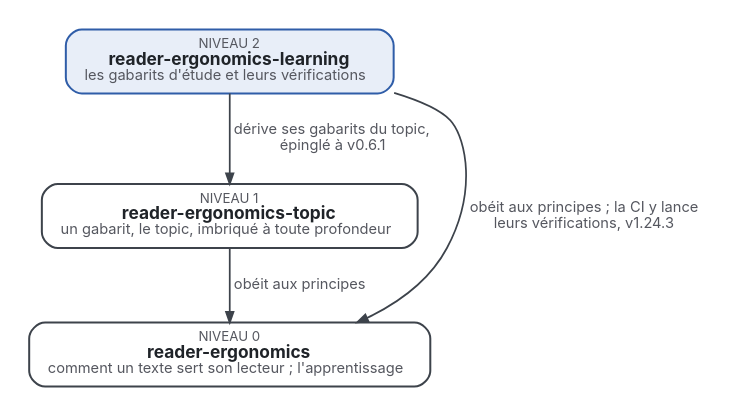
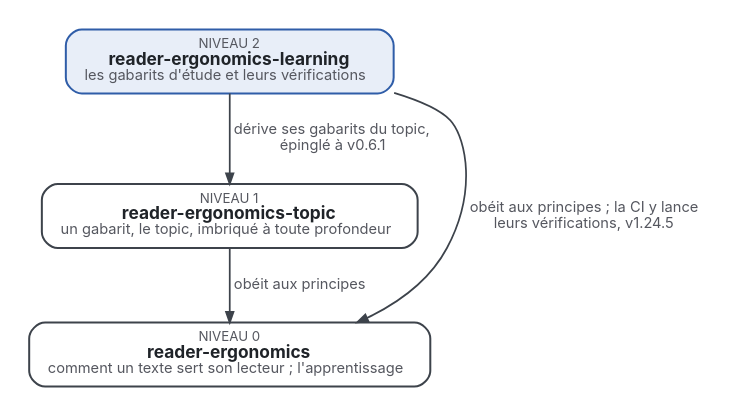
One commit to Tewf/reader-ergonomics-learning changed the diagram in README.fr.md. Above: the diagram before and after it, drawn with Graphviz. The commit also changed other lines of this file and 32 other files, not shown here.

````diff
--- a/README.fr.md
+++ b/README.fr.md
@@ -85,13 +85,13 @@
 ```dot
 digraph niveaux {
   graph [rankdir=TB, nodesep=0.6, ranksep=0.6, bgcolor="white", pad=0.2, fontname="Inter"];
   node  [shape=box, style="rounded,filled", fontname="Inter", fontsize=13, margin="0.2,0.1", penwidth=1.5, fontcolor="#1F2328"];
   edge  [fontname="Inter", fontsize=11, color="#3D434B", fontcolor="#55575F", penwidth=1.3, arrowsize=0.8];
   L [label=<<font point-size="10" color="#55575F">NIVEAU 2</font><br/><b>reader-ergonomics-learning</b><br/><font point-size="11" color="#55575F">les gabarits d'étude et leurs vérifications</font>>, fillcolor="#E8EEF8", color="#2F5DA8"];
   T [label=<<font point-size="10" color="#55575F">NIVEAU 1</font><br/><b>reader-ergonomics-topic</b><br/><font point-size="11" color="#55575F">un gabarit, le topic, imbriqué à toute profondeur</font>>, fillcolor="#FFFFFF", color="#3D434B"];
   R [label=<<font point-size="10" color="#55575F">NIVEAU 0</font><br/><b>reader-ergonomics</b><br/><font point-size="11" color="#55575F">comment un texte sert son lecteur ; l'apprentissage</font>>, fillcolor="#FFFFFF", color="#3D434B"];
   L -> T [label=<  dérive ses gabarits du topic,<br/>  épinglé à v0.6.1>];
   T -> R [label=<  obéit aux principes>];
-  L -> R [label=<  obéit aux principes ; la CI y lance<br/>  leurs vérifications, v1.24.3>, constraint=false];
+  L -> R [label=<  obéit aux principes ; la CI y lance<br/>  leurs vérifications, v1.24.5>, constraint=false];
 }
 ```
````
